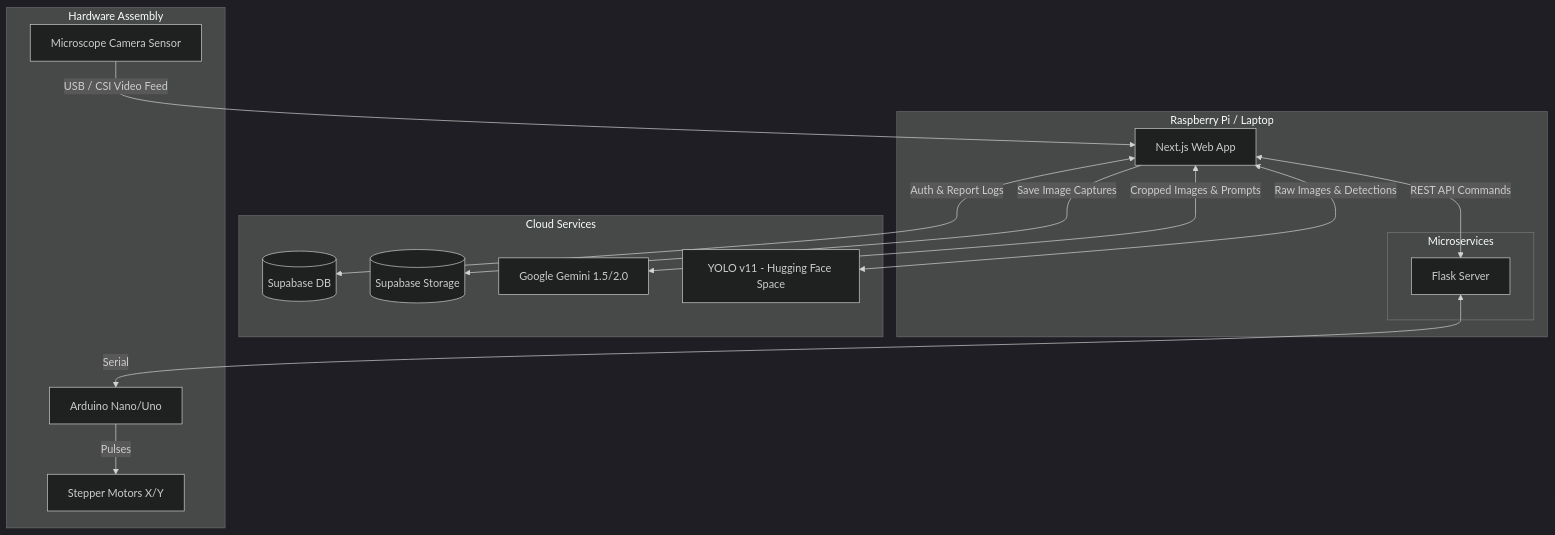
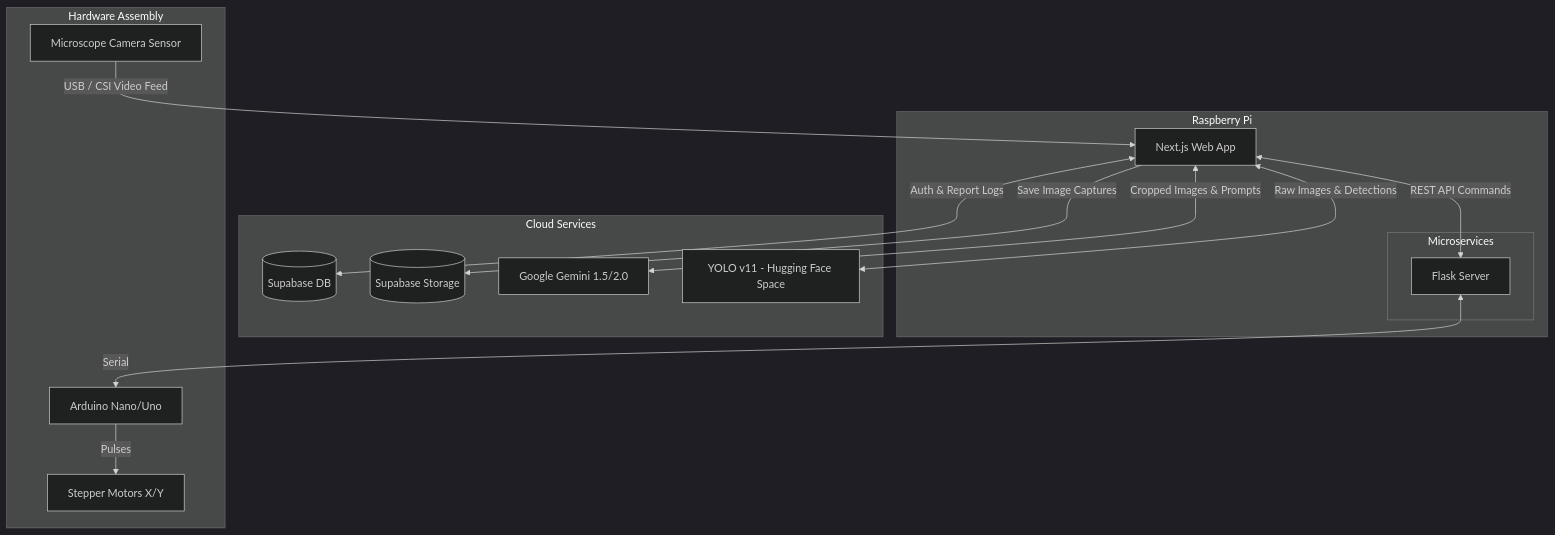
One commit to mcggEz/microview-ai changed the first of 4 diagrams in README.md. Above: the diagram before and after it, drawn with Mermaid (dark theme). The commit also changed other lines of this file and 2 other files, not shown here.

Commit message:
docs: remove 'laptop' references to reflect Raspberry Pi-only setup

````diff
--- a/README.md
+++ b/README.md
@@ -19,35 +19,35 @@
 ```mermaid
 flowchart TB
   subgraph Cloud Services
     DB[(Supabase DB)]
     ST[(Supabase Storage)]
     VLM[Google Gemini 1.5/2.0]
     YOLO[YOLO v11 - Hugging Face Space]
   end
 
-  subgraph Local Workstation [Raspberry Pi / Laptop]
+  subgraph Local Workstation [Raspberry Pi]
     UI[Next.js Web App]
     
     subgraph Microservices
       MOTOR[Flask Server]
     end
     
     UI <-->|REST API Commands| MOTOR
   end
 
   subgraph Hardware Assembly
     ARD[Arduino Nano/Uno]
     STEP[Stepper Motors X/Y]
     CAM[Microscope Camera Sensor]
     
     MOTOR <-->|Serial| ARD
     ARD -->|Pulses| STEP
     CAM -->|USB / CSI Video Feed| UI
   end
 
   %% Data Flow
   UI <-->|Auth & Report Logs| DB
   UI -->|Save Image Captures| ST
   UI <-->|Raw Images & Detections| YOLO
   UI <-->|Cropped Images & Prompts| VLM
 ```
````
